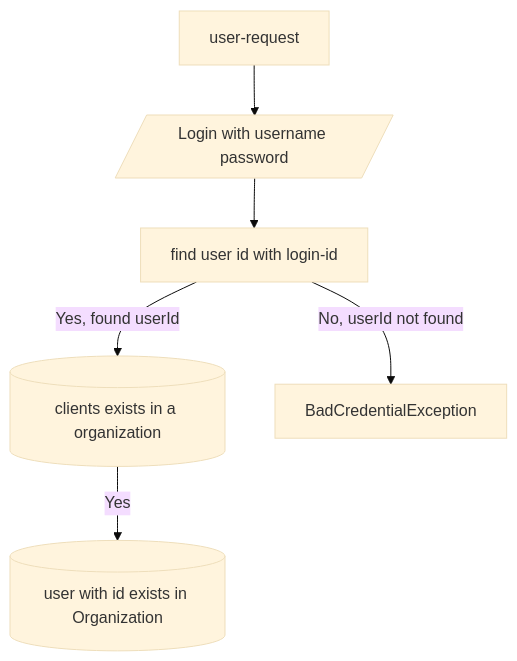
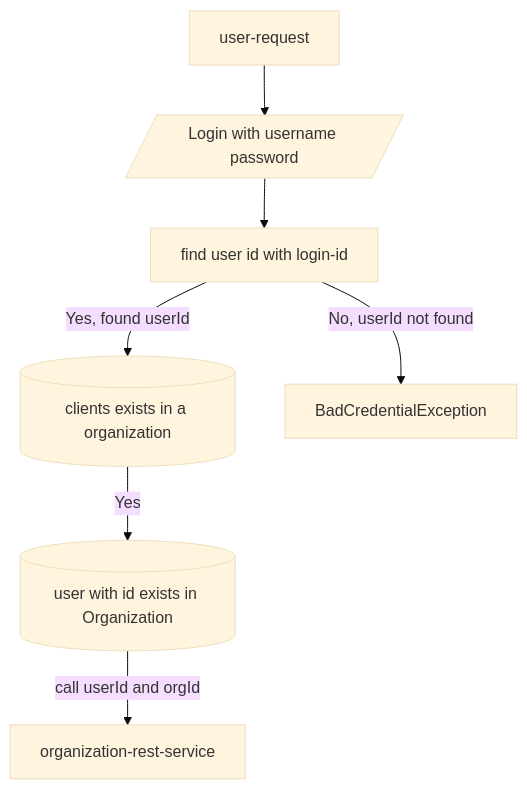
One commit to sonamsamdupkhangsar/spring-authorization-serve changed the diagram in README.md. Above: the diagram before and after it, drawn with Mermaid (base theme).

Commit message:
commit reademe

````diff
--- a/README.md
+++ b/README.md
@@ -35,9 +35,11 @@
 ```mermaid
 flowchart TD
  User[user-request] -->login[/Login with username password/]
  login --> findUserId[find user id with login-id]
  findUserId -->|Yes, found userId|checkClientInOrg[(clients exists in a organization)]
  findUserId -->|No, userId not found|returnError[BadCredentialException]
  checkClientInOrg -->|Yes| userExistsInOrg[(user with id exists in Organization)]
 
+ userExistsInOrg --call userId and orgId-->organization-rest-service
+ 
 ```
````
